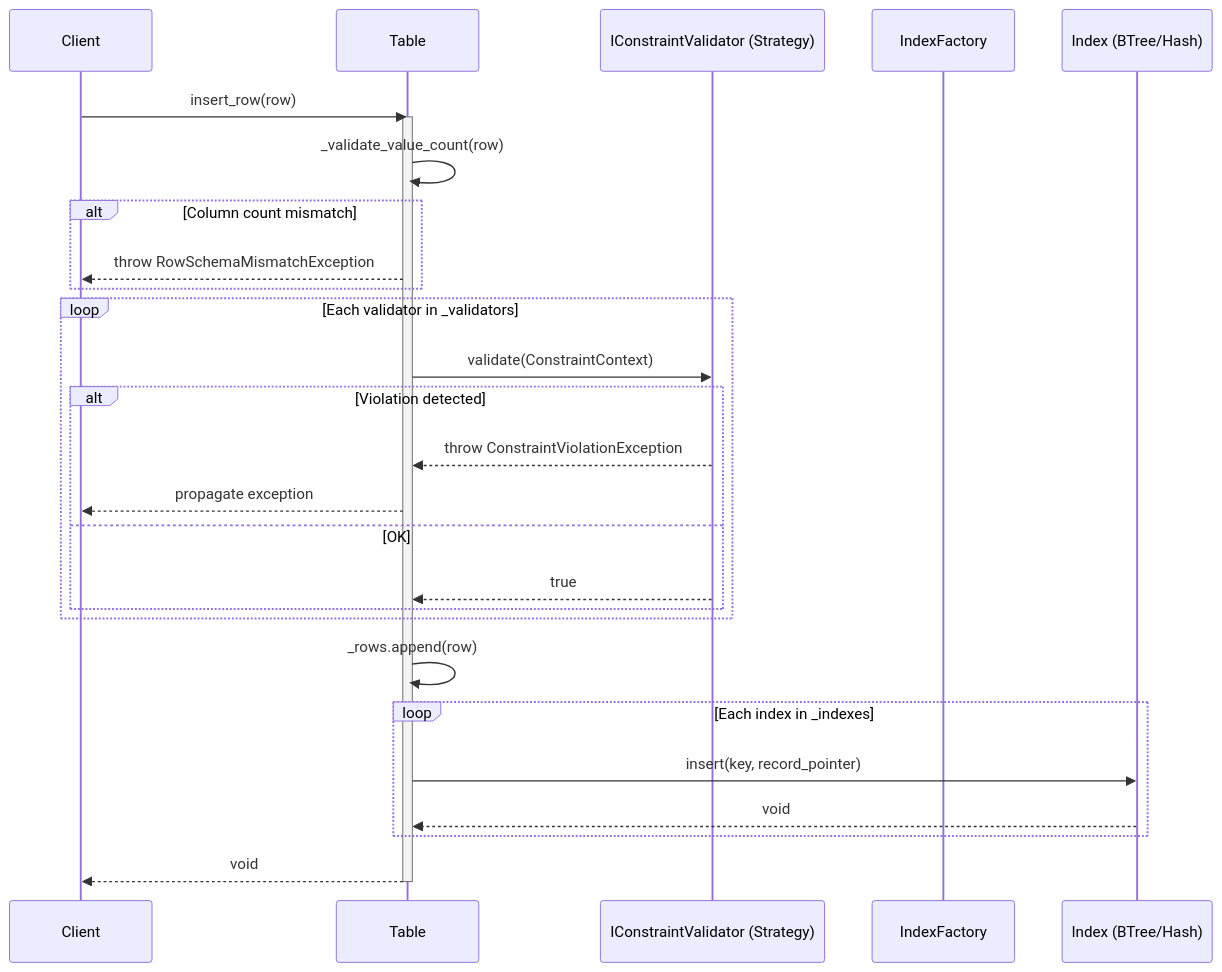
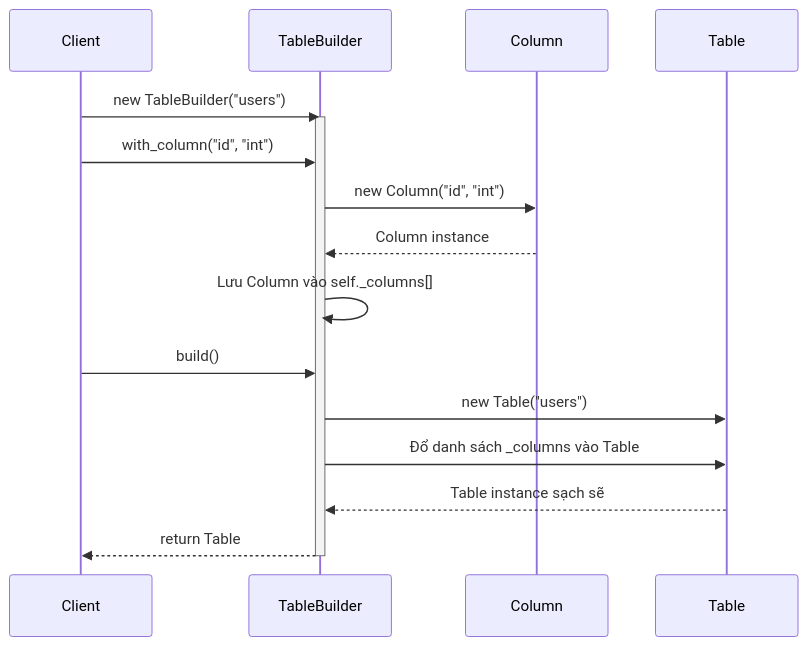
Before and after one commit to Ricky13170/bbv_DBMS: the fifth of 14 diagrams in docs/readme.md, drawn with Mermaid. The commit also changed other lines of this file and 10 other files, not shown here.

````diff
--- a/docs/readme.md
+++ b/docs/readme.md
@@ -129,36 +117,22 @@
 ```mermaid
 sequenceDiagram
     participant Client
-    participant Table
-    participant Val as IConstraintValidator (Strategy)
-    participant Factory as IndexFactory
-    participant Idx as Index (BTree/Hash)
-
-    Client->>Table: insert_row(row)
-    activate Table
-
-    Table->>Table: _validate_value_count(row)
-    alt Column count mismatch
-        Table-->>Client: throw RowSchemaMismatchException
-    end
-
-    loop Each validator in _validators
-        Table->>Val: validate(ConstraintContext)
-        alt Violation detected
-            Val-->>Table: throw ConstraintViolationException
-            Table-->>Client: propagate exception
-        else OK
-            Val-->>Table: true
-        end
-    end
-
-    Table->>Table: _rows.append(row)
-
-    loop Each index in _indexes
-        Table->>Idx: insert(key, record_pointer)
-        Idx-->>Table: void
-    end
-
-    Table-->>Client: void
-    deactivate Table
+    participant TB as TableBuilder
+    participant Col as Column
+    participant Tbl as Table
+    
+    Client->>TB: new TableBuilder("users")
+    activate TB
+    
+    Client->>TB: with_column("id", "int")
+    TB->>Col: new Column("id", "int")
+    Col-->>TB: Column instance
+    TB->>TB: Lưu Column vào self._columns[]
+    
+    Client->>TB: build()
+    TB->>Tbl: new Table("users")
+    TB->>Tbl: Đổ danh sách _columns vào Table
+    Tbl-->>TB: Table instance sạch sẽ
+    TB-->>Client: return Table
+    deactivate TB
 ```
````
